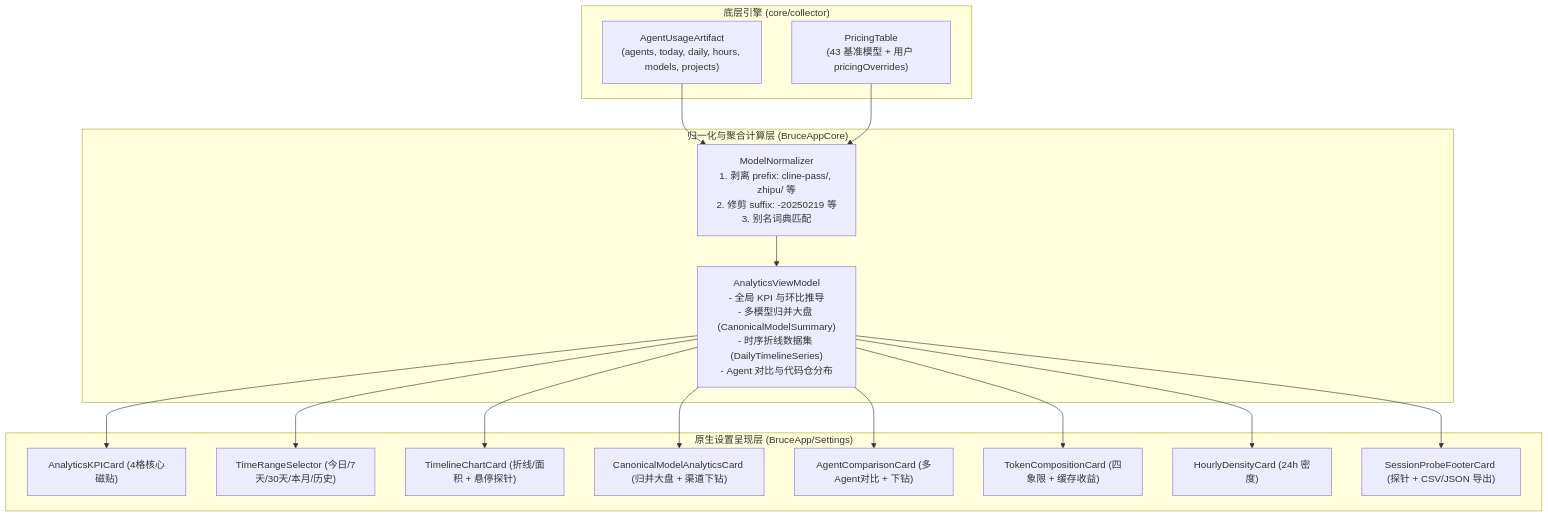
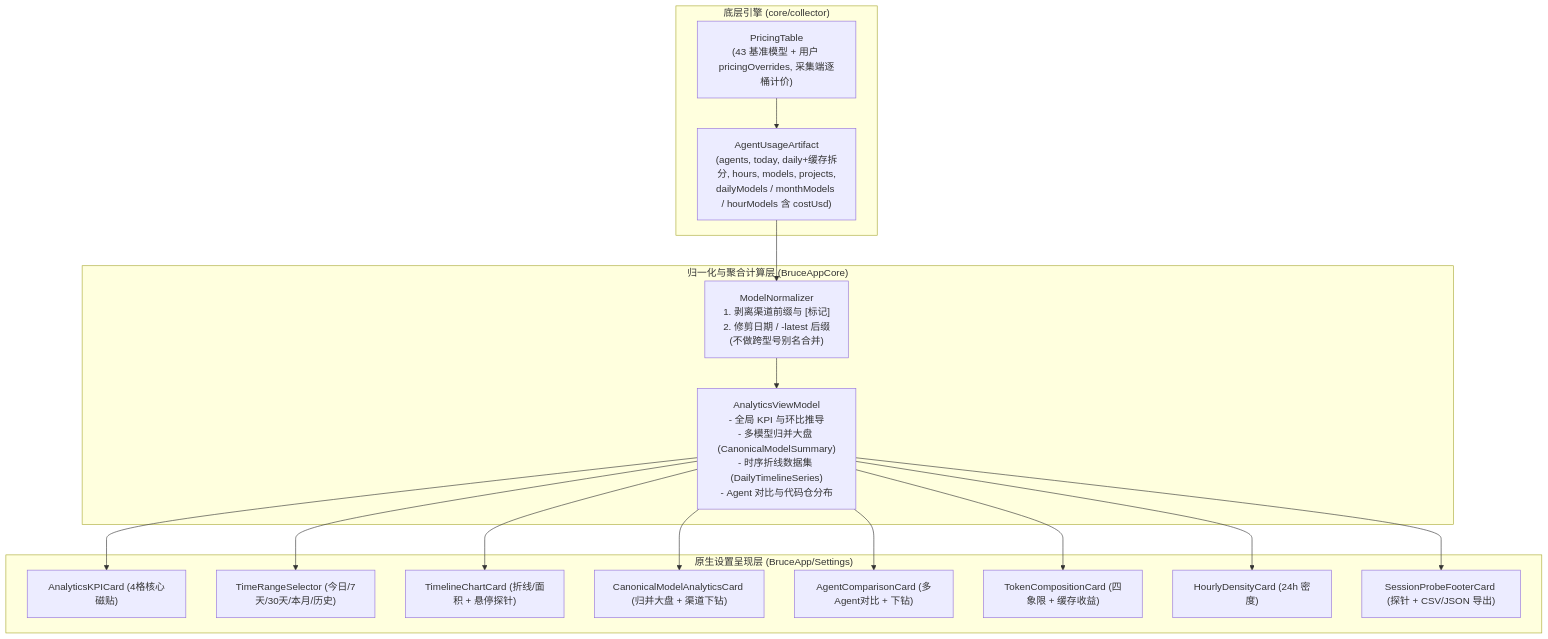
The diagram in docs/devel/design/06-Agent用量分析与Token统计工作台.md (4everSivan/Bruce), drawn with Mermaid before and after one commit. The commit also changed other lines of this file and 7 other files, not shown here.

````diff
--- a/docs/devel/design/06-Agent用量分析与Token统计工作台.md
+++ b/docs/devel/design/06-Agent用量分析与Token统计工作台.md
@@ -59,35 +59,35 @@
 ```mermaid
 flowchart TD
     subgraph DataEngine ["底层引擎 (core/collector)"]
-        Artifact["AgentUsageArtifact<br/>(agents, today, daily, hours, models, projects)"]
-        Pricing["PricingTable<br/>(43 基准模型 + 用户 pricingOverrides)"]
+        Artifact["AgentUsageArtifact<br/>(agents, today, daily+缓存拆分, hours, models, projects,<br/>dailyModels / monthModels / hourModels 含 costUsd)"]
+        Pricing["PricingTable<br/>(43 基准模型 + 用户 pricingOverrides, 采集端逐桶计价)"]
     end
 
     subgraph NormalizationLayer ["归一化与聚合计算层 (BruceAppCore)"]
-        Norm["ModelNormalizer<br/>1. 剥离 prefix: cline-pass/, zhipu/ 等<br/>2. 修剪 suffix: -20250219 等<br/>3. 别名词典匹配"]
+        Norm["ModelNormalizer<br/>1. 剥离渠道前缀与 [标记]<br/>2. 修剪日期 / -latest 后缀<br/>(不做跨型号别名合并)"]
         Agg["AnalyticsViewModel<br/>- 全局 KPI 与环比推导<br/>- 多模型归并大盘 (CanonicalModelSummary)<br/>- 时序折线数据集 (DailyTimelineSeries)<br/>- Agent 对比与代码仓分布"]
     end
 
     subgraph PresentationLayer ["原生设置呈现层 (BruceApp/Settings)"]
         KPICard["AnalyticsKPICard (4格核心磁贴)"]
         TimeTabs["TimeRangeSelector (今日/7天/30天/本月/历史)"]
         ChartCard["TimelineChartCard (折线/面积 + 悬停探针)"]
         ModelCard["CanonicalModelAnalyticsCard (归并大盘 + 渠道下钻)"]
         AgentCard["AgentComparisonCard (多Agent对比 + 下钻)"]
         TokenCard["TokenCompositionCard (四象限 + 缓存收益)"]
         HeatmapCard["HourlyDensityCard (24h 密度)"]
         ProbeCard["SessionProbeFooterCard (探针 + CSV/JSON 导出)"]
     end
 
+    Pricing --> Artifact
     Artifact --> Norm
-    Pricing --> Norm
     Norm --> Agg
     Agg --> TimeTabs
     Agg --> KPICard
     Agg --> ChartCard
     Agg --> ModelCard
     Agg --> AgentCard
     Agg --> TokenCard
     Agg --> HeatmapCard
     Agg --> ProbeCard
 ```
````
